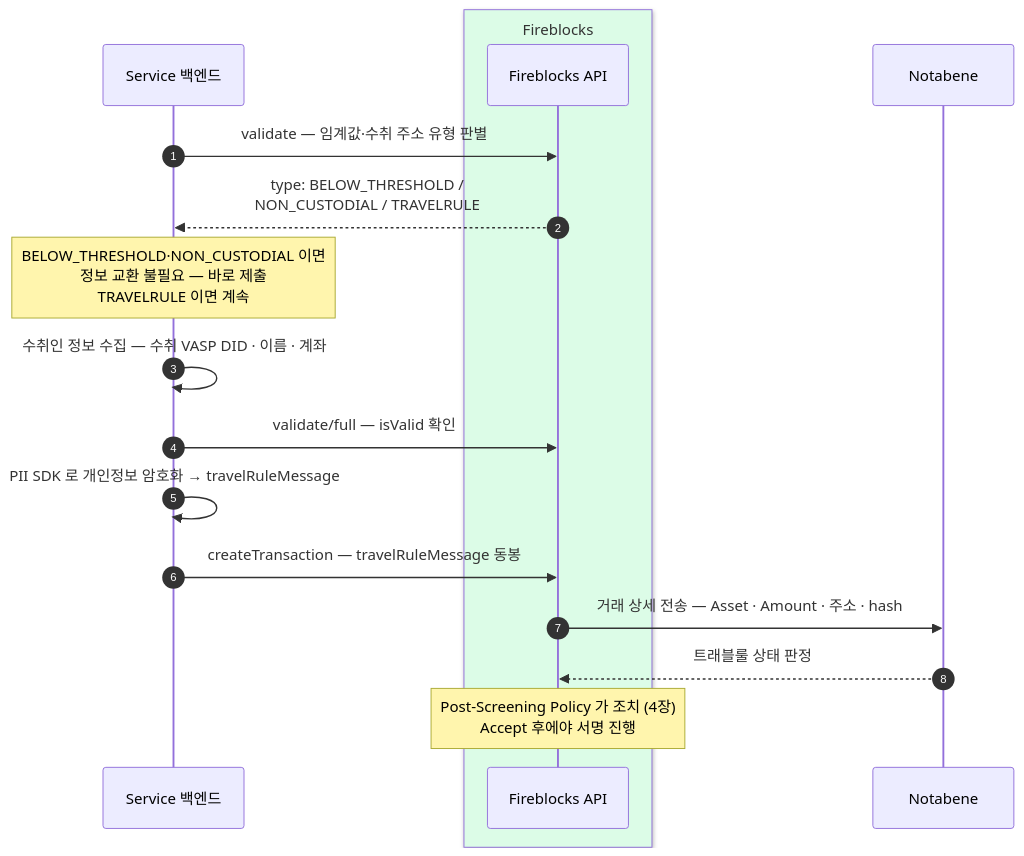
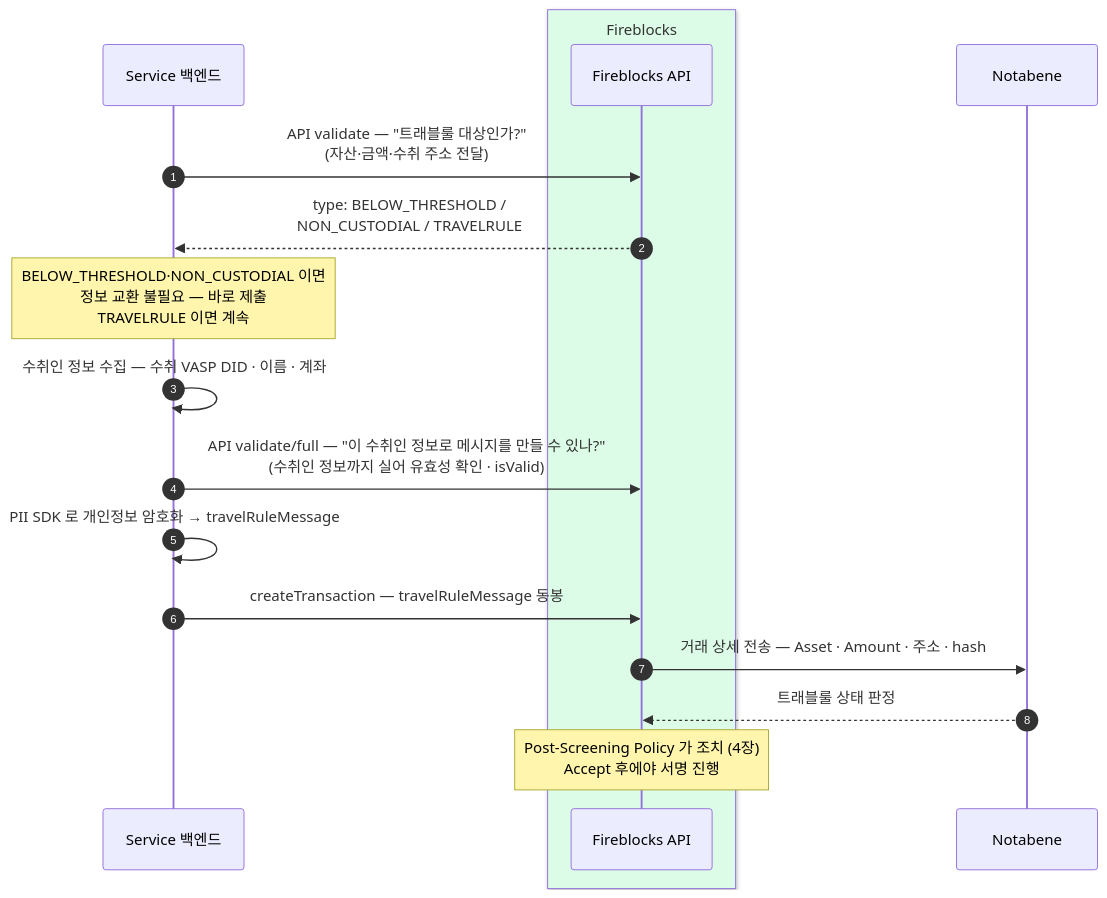
The diagram in blockchain-manager/docs/트래블룰/설계/02-withdrawal.md (eunsujeo/eunpus), drawn with Mermaid before and after one commit. The commit also changed other lines of this file and 9 other files, not shown here.

````diff
--- a/blockchain-manager/docs/트래블룰/설계/02-withdrawal.md
+++ b/blockchain-manager/docs/트래블룰/설계/02-withdrawal.md
@@ -14,20 +14,20 @@
 ```mermaid
 sequenceDiagram
     autonumber
     participant BE as Service 백엔드
     box rgb(220,252,231) Fireblocks
     participant FB as Fireblocks API
     end
     participant NB as Notabene
 
-    BE->>FB: validate — 임계값·수취 주소 유형 판별
+    BE->>FB: API validate — "트래블룰 대상인가?"<br/>(자산·금액·수취 주소 전달)
     FB-->>BE: type: BELOW_THRESHOLD /<br/>NON_CUSTODIAL / TRAVELRULE
     Note over BE: BELOW_THRESHOLD·NON_CUSTODIAL 이면<br/>정보 교환 불필요 — 바로 제출<br/>TRAVELRULE 이면 계속
     BE->>BE: 수취인 정보 수집 — 수취 VASP DID · 이름 · 계좌
-    BE->>FB: validate/full — isValid 확인
+    BE->>FB: API validate/full — "이 수취인 정보로 메시지를 만들 수 있나?"<br/>(수취인 정보까지 실어 유효성 확인 · isValid)
     BE->>BE: PII SDK 로 개인정보 암호화 → travelRuleMessage
     BE->>FB: createTransaction — travelRuleMessage 동봉
     FB->>NB: 거래 상세 전송 — Asset · Amount · 주소 · hash
     NB-->>FB: 트래블룰 상태 판정
     Note over FB: Post-Screening Policy 가 조치 (4장)<br/>Accept 후에야 서명 진행
 ```
````
